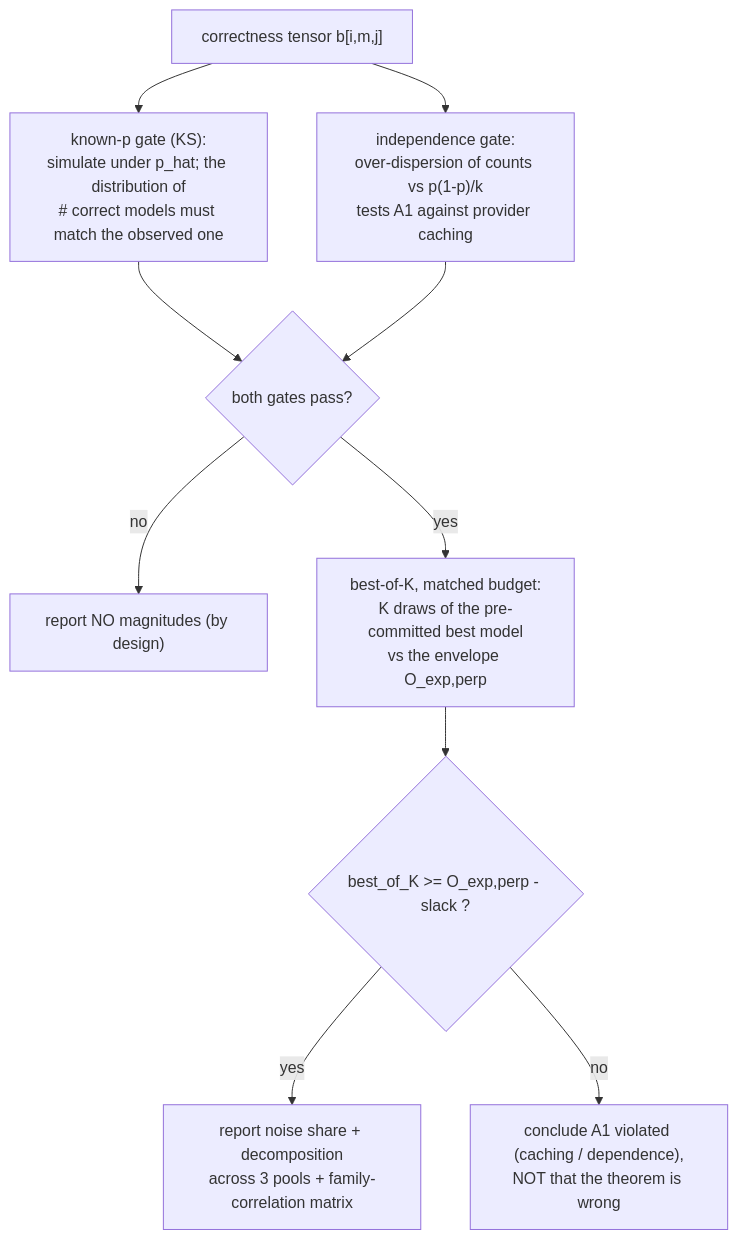
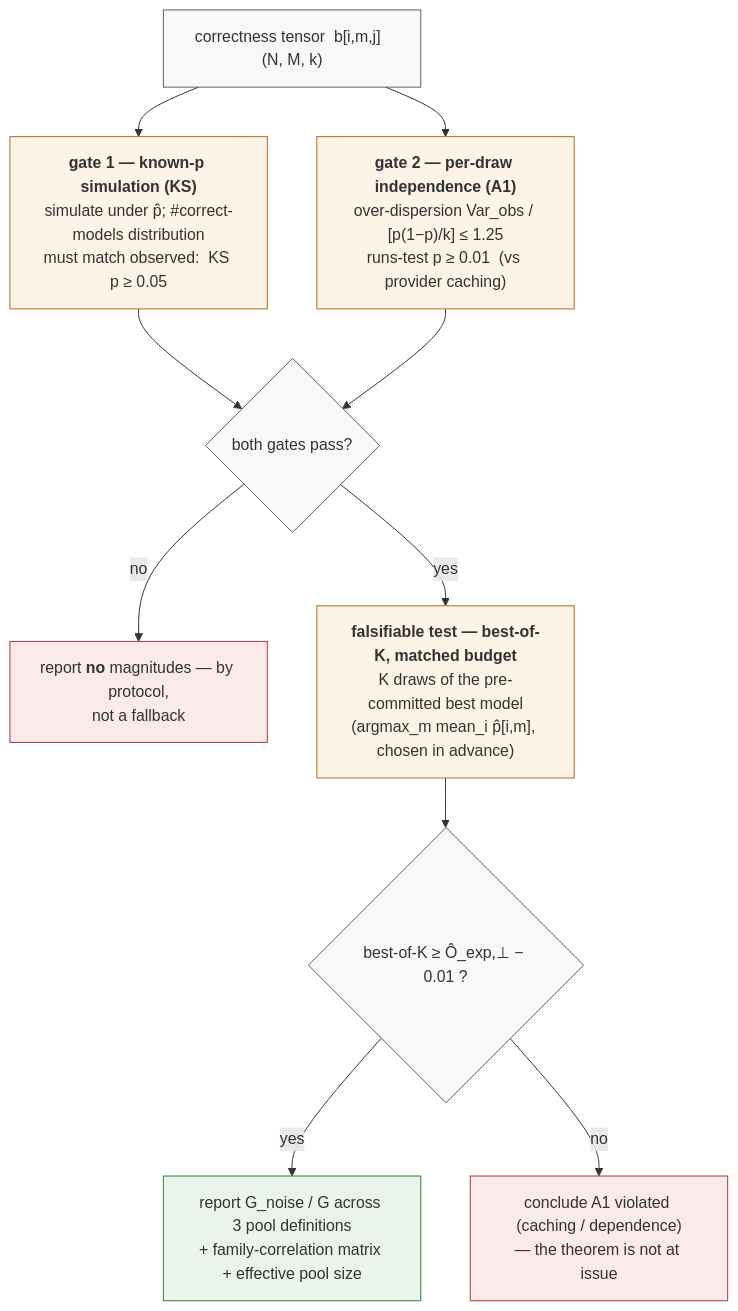
One commit to luka-krixvon/routing-oracle-experiment changed the third of 3 diagrams in README.md. Above: the diagram before and after it, drawn with Mermaid. The commit also changed other lines of this file, not shown here.

First line of the commit message:
docs: upgrade README flowcharts to engineering detail

````diff
--- a/README.md
+++ b/README.md
@@ -121,12 +132,17 @@
 ```mermaid
 flowchart TD
-    C["correctness tensor b[i,m,j]"] --> KS["known-p gate (KS):<br/>simulate under p_hat; the distribution of<br/># correct models must match the observed one"]
-    C --> IND["independence gate:<br/>over-dispersion of counts vs p(1-p)/k<br/>tests A1 against provider caching"]
+    C["correctness tensor  b[i,m,j]  (N, M, k)"] --> KS["<b>gate 1 — known-p simulation (KS)</b><br/>simulate under p̂; #correct-models distribution<br/>must match observed:  KS p ≥ 0.05"]
+    C --> IND["<b>gate 2 — per-draw independence (A1)</b><br/>over-dispersion Var_obs / [p(1−p)/k] ≤ 1.25<br/>runs-test p ≥ 0.01  (vs provider caching)"]
     KS --> P{"both gates pass?"}
     IND --> P
-    P -->|no| BLOCK["report NO magnitudes (by design)"]
-    P -->|yes| BOK["best-of-K, matched budget:<br/>K draws of the pre-committed best model<br/>vs the envelope O_exp,perp"]
-    BOK --> PASS{"best_of_K &gt;= O_exp,perp - slack ?"}
-    PASS -->|yes| REPORT["report noise share + decomposition<br/>across 3 pools + family-correlation matrix"]
-    PASS -->|no| A1["conclude A1 violated (caching / dependence),<br/>NOT that the theorem is wrong"]
+    P -->|no| BLOCK["report <b>no</b> magnitudes — by protocol,<br/>not a fallback"]
+    P -->|yes| BOK["<b>falsifiable test — best-of-K, matched budget</b><br/>K draws of the pre-committed best model<br/>(argmax_m mean_i p̂[i,m], chosen in advance)"]
+    BOK --> PASS{"best-of-K ≥ Ô_exp,⊥ − 0.01 ?"}
+    PASS -->|yes| REPORT["report G_noise / G across 3 pool definitions<br/>+ family-correlation matrix + effective pool size"]
+    PASS -->|no| A1["conclude A1 violated (caching / dependence)<br/>— the theorem is not at issue"]
+    classDef gate fill:#fdf3e7,stroke:#b46a1e;
+    classDef ok fill:#eaf4ea,stroke:#2f7d32;
+    classDef bad fill:#faeaea,stroke:#a33a3a;
+    classDef io fill:#f6f8fa,stroke:#57606a;
+    class KS,IND,BOK gate; class P,PASS io; class REPORT ok; class BLOCK,A1 bad; class C io;
 ```
````
